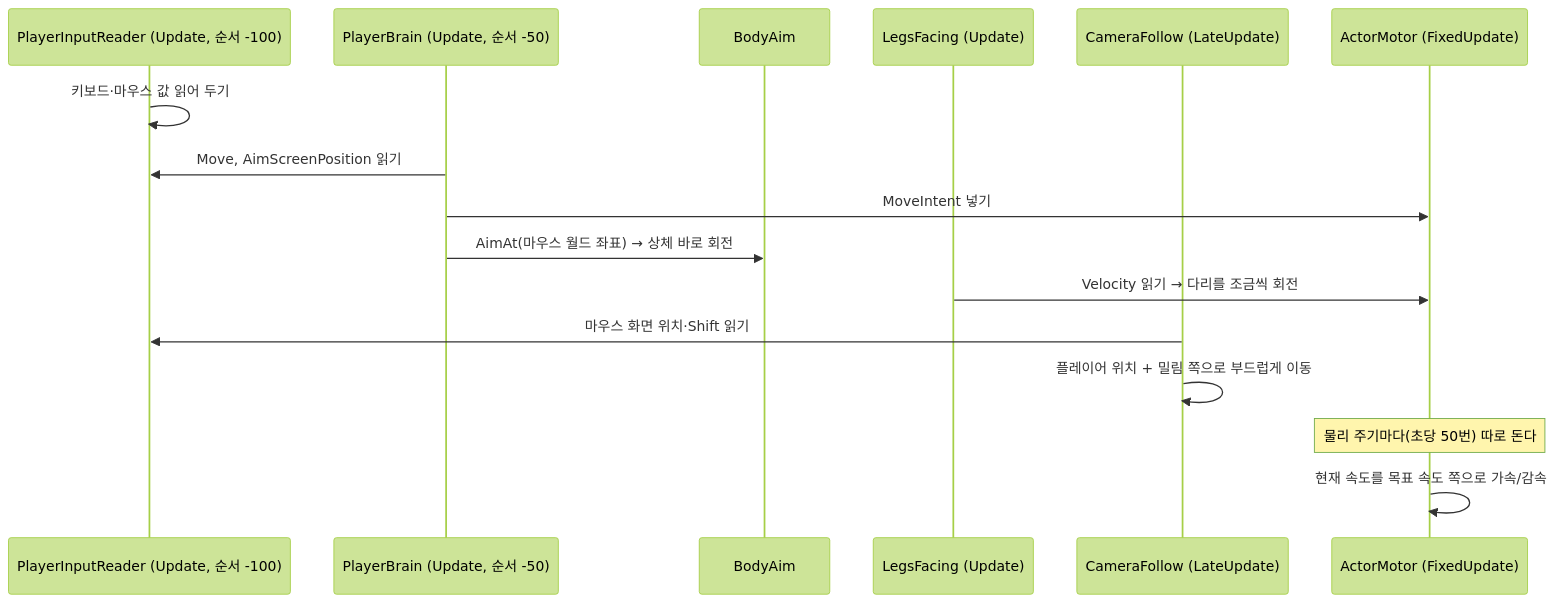
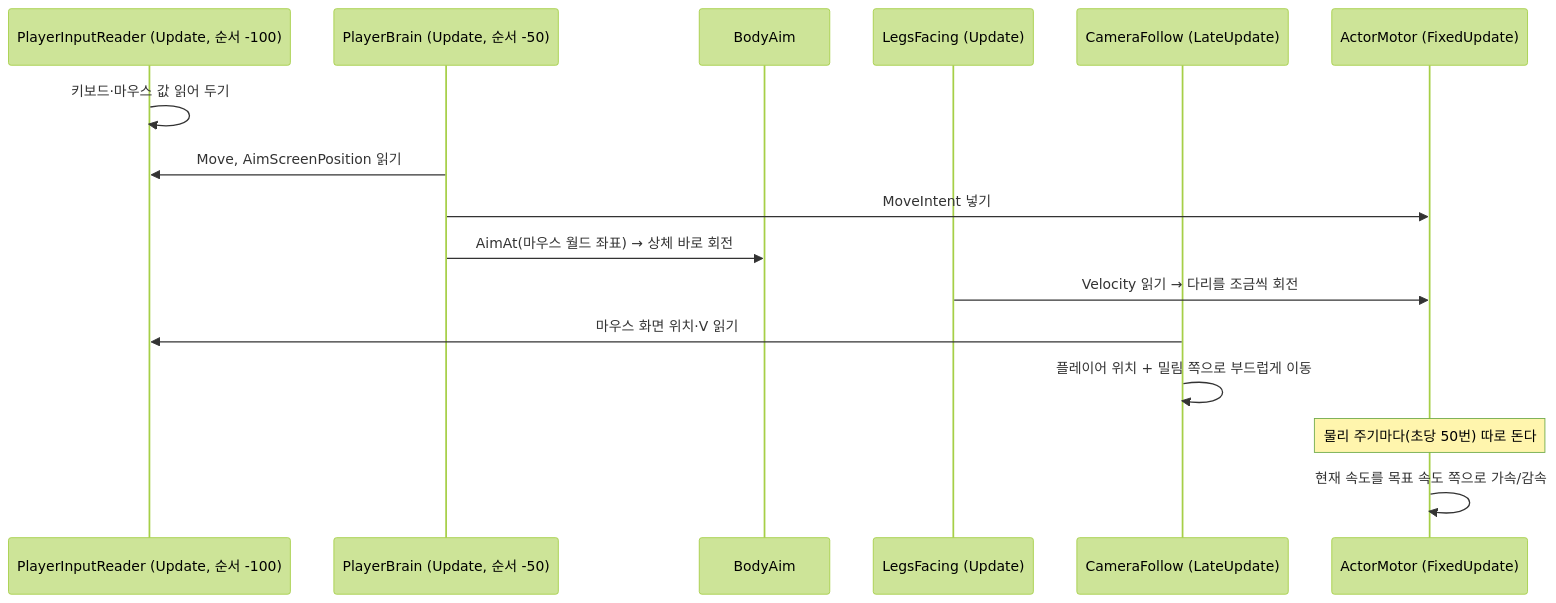
The seventh of 8 diagrams in docs/코드-구조.md (odyo0/project_dust_scrapper), drawn with Mermaid (forest theme) before and after one commit. The commit also changed other lines of this file and 18 other files, not shown here.

````diff
--- a/docs/코드-구조.md
+++ b/docs/코드-구조.md
@@ -236,19 +236,19 @@
 ```mermaid
 sequenceDiagram
     participant PIR as PlayerInputReader (Update, 순서 -100)
     participant PB as PlayerBrain (Update, 순서 -50)
     participant BA as BodyAim
     participant LF as LegsFacing (Update)
     participant CF as CameraFollow (LateUpdate)
     participant AM as ActorMotor (FixedUpdate)
 
     PIR->>PIR: 키보드·마우스 값 읽어 두기
     PB->>PIR: Move, AimScreenPosition 읽기
     PB->>AM: MoveIntent 넣기
     PB->>BA: AimAt(마우스 월드 좌표) → 상체 바로 회전
     LF->>AM: Velocity 읽기 → 다리를 조금씩 회전
-    CF->>PIR: 마우스 화면 위치·Shift 읽기
+    CF->>PIR: 마우스 화면 위치·V 읽기
     CF->>CF: 플레이어 위치 + 밀림 쪽으로 부드럽게 이동
     Note over AM: 물리 주기마다(초당 50번) 따로 돈다
     AM->>AM: 현재 속도를 목표 속도 쪽으로 가속/감속
 ```
````
